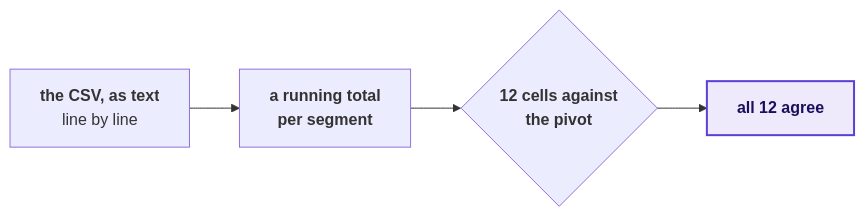
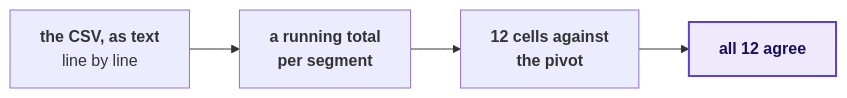
The eighth of 24 diagrams in content/W02/D5/slides/C2_W02_D05_half1_STUDENT.md (fde-academy-lab/c2-content-factory), drawn with Mermaid before and after one commit. The commit also changed other lines of this file and 3 other files, not shown here.

````diff
--- a/content/W02/D5/slides/C2_W02_D05_half1_STUDENT.md
+++ b/content/W02/D5/slides/C2_W02_D05_half1_STUDENT.md
@@ -439,8 +419,8 @@
 ```mermaid
 flowchart LR
     C["<b>the CSV, as text</b><br/>line by line"] --> T["<b>a running total<br/>per segment</b>"]
-    T --> K{"<b>12 cells against<br/>the pivot</b>"}
+    T --> K["<b>12 cells against<br/>the pivot</b>"]
     K --> P["<b>all 12 agree</b>"]
     classDef known fill:#EEEAFB,stroke:#5B3FD6,color:#1A0F5C,stroke-width:2px
     class P known
 ```
````
